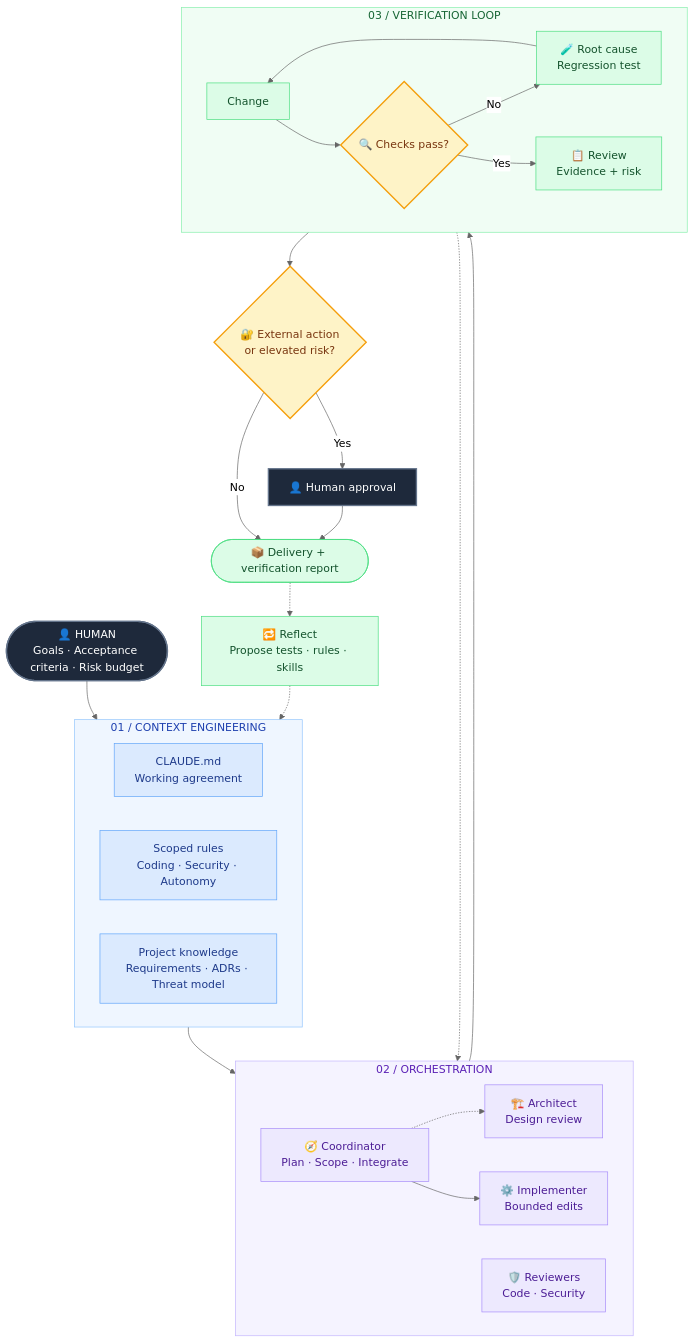
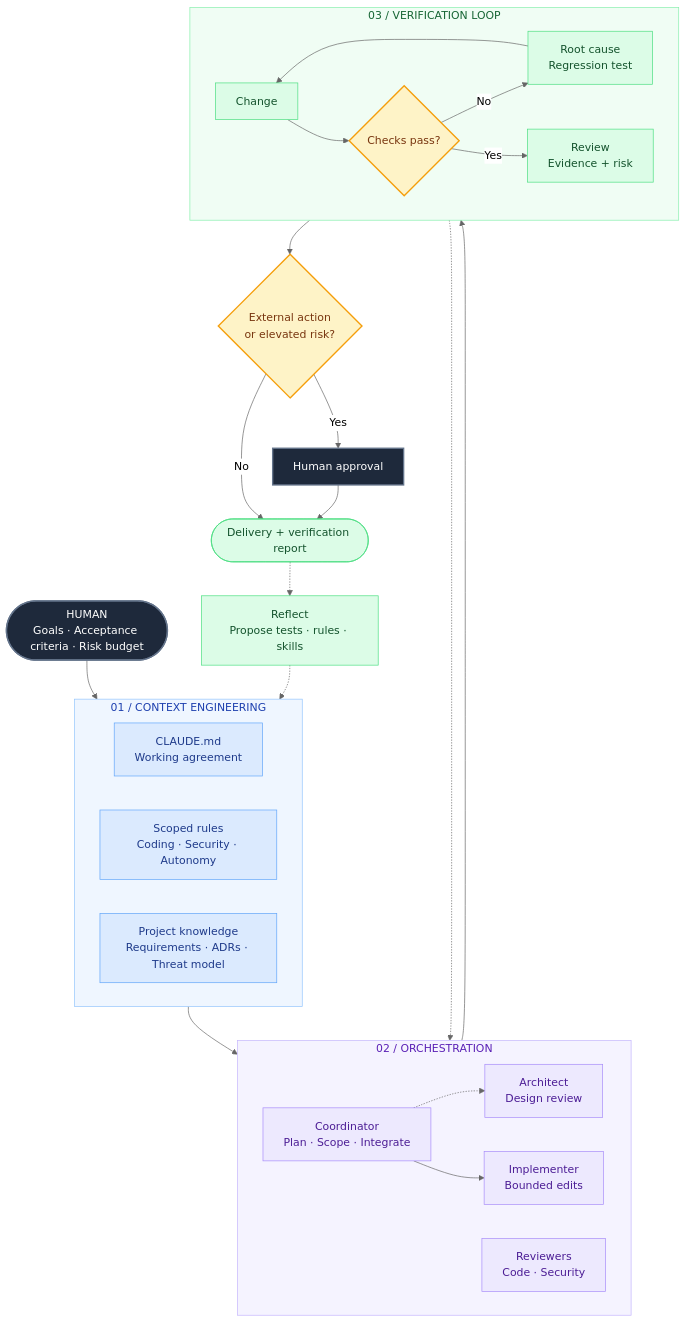
Before and after one commit to d01ki/Claude-Engineering-Template: the first of 4 diagrams in README.md, drawn with Mermaid (neutral theme). The commit also changed other lines of this file, not shown here.

````diff
--- a/README.md
+++ b/README.md
@@ -30,58 +24,58 @@
 ```mermaid
 flowchart TB
-    H(["👤 HUMAN<br/>Goals · Acceptance criteria · Risk budget"])
+    H(["HUMAN<br/>Goals · Acceptance criteria · Risk budget"])
     subgraph CTX["01 / CONTEXT ENGINEERING"]
       direction LR
       C["CLAUDE.md<br/>Working agreement"]
       R["Scoped rules<br/>Coding · Security · Autonomy"]
       D["Project knowledge<br/>Requirements · ADRs · Threat model"]
     end
     subgraph ORCH["02 / ORCHESTRATION"]
       direction LR
-      P["🧭 Coordinator<br/>Plan · Scope · Integrate"]
-      A["🏗️ Architect<br/>Design review"]
-      I["⚙️ Implementer<br/>Bounded edits"]
-      S["🛡️ Reviewers<br/>Code · Security"]
+      P["Coordinator<br/>Plan · Scope · Integrate"]
+      A["Architect<br/>Design review"]
+      I["Implementer<br/>Bounded edits"]
+      S["Reviewers<br/>Code · Security"]
     end
     subgraph LOOP["03 / VERIFICATION LOOP"]
       direction LR
       W["Change"]
-      V{"🔍 Checks pass?"}
-      F["🧪 Root cause<br/>Regression test"]
-      Q["📋 Review<br/>Evidence + risk"]
+      V{"Checks pass?"}
+      F["Root cause<br/>Regression test"]
+      Q["Review<br/>Evidence + risk"]
       W --> V
       V -->|No| F
       F --> W
       V -->|Yes| Q
     end
-    G{"🔐 External action<br/>or elevated risk?"}
-    APPROVE["👤 Human approval"]
-    DONE(["📦 Delivery + verification report"])
-    LEARN["🔁 Reflect<br/>Propose tests · rules · skills"]
+    G{"External action<br/>or elevated risk?"}
+    APPROVE["Human approval"]
+    DONE(["Delivery + verification report"])
+    LEARN["Reflect<br/>Propose tests · rules · skills"]
     H --> CTX
     CTX --> P
     P -.-> A
     P --> I
     I --> W
     Q -.-> S
     Q --> G
     G -->|Yes| APPROVE
     G -->|No| DONE
     APPROVE --> DONE
     DONE -.-> LEARN
     LEARN -.-> CTX
 
     classDef human fill:#1e293b,color:#fff,stroke:#64748b,stroke-width:2px
     classDef context fill:#dbeafe,color:#1e3a8a,stroke:#60a5fa
     classDef agent fill:#ede9fe,color:#4c1d95,stroke:#a78bfa
     classDef verify fill:#dcfce7,color:#14532d,stroke:#4ade80
     classDef gate fill:#fef3c7,color:#78350f,stroke:#f59e0b,stroke-width:2px
     class H,APPROVE human
     class C,R,D context
     class P,A,I,S agent
     class W,F,Q,DONE,LEARN verify
     class V,G gate
     style CTX fill:#eff6ff,stroke:#93c5fd,color:#1e40af
     style ORCH fill:#f5f3ff,stroke:#c4b5fd,color:#5b21b6
     style LOOP fill:#f0fdf4,stroke:#86efac,color:#166534
 ```
````
